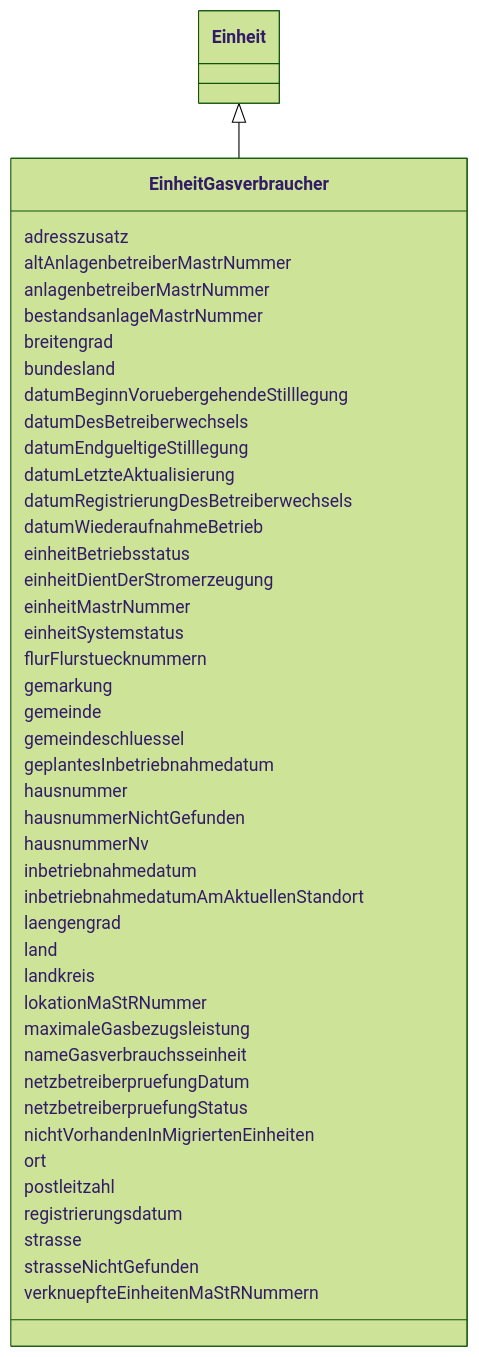
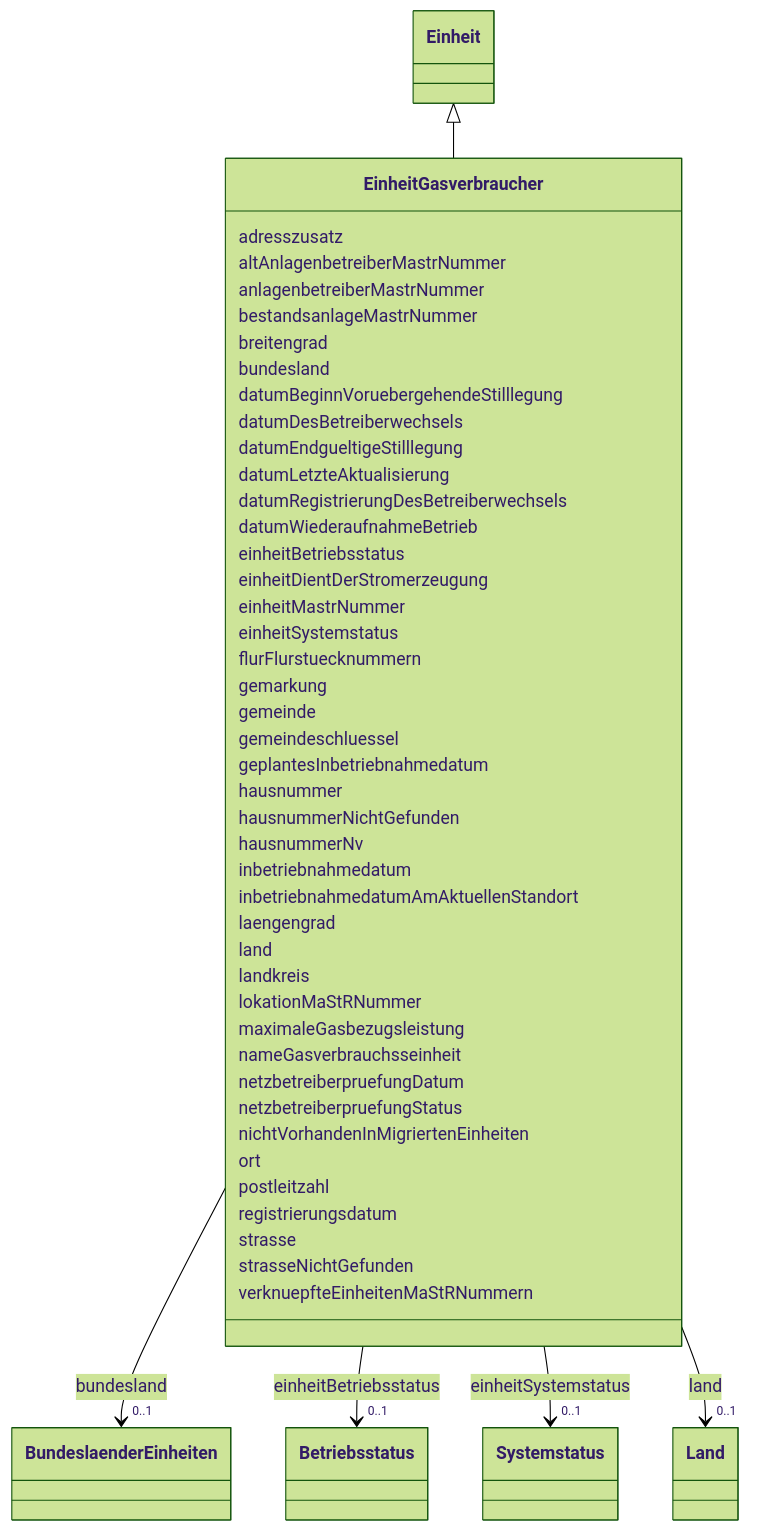
The diagram in docs/schema/classes/EinheitGasverbraucher.md (FlorianK13/mastr-model), drawn with Mermaid (forest theme) before and after one commit. The commit also changed other lines of this file and 86 other files, not shown here.

```diff
--- a/docs/schema/classes/EinheitGasverbraucher.md
+++ b/docs/schema/classes/EinheitGasverbraucher.md
@@ -34,6 +34,15 @@
         
       EinheitGasverbraucher : bundesland
         
+          
+    
+        
+        
+        EinheitGasverbraucher --> "0..1" BundeslaenderEinheiten : bundesland
+        click BundeslaenderEinheiten href "../../enums/BundeslaenderEinheiten/"
+    
+
+        
       EinheitGasverbraucher : datumBeginnVoruebergehendeStilllegung
         
       EinheitGasverbraucher : datumDesBetreiberwechsels
@@ -48,11 +57,29 @@
         
       EinheitGasverbraucher : einheitBetriebsstatus
         
+          
+    
+        
+        
+        EinheitGasverbraucher --> "0..1" Betriebsstatus : einheitBetriebsstatus
+        click Betriebsstatus href "../../enums/Betriebsstatus/"
+    
+
+        
       EinheitGasverbraucher : einheitDientDerStromerzeugung
         
       EinheitGasverbraucher : einheitMastrNummer
         
       EinheitGasverbraucher : einheitSystemstatus
+        
+          
+    
+        
+        
+        EinheitGasverbraucher --> "0..1" Systemstatus : einheitSystemstatus
+        click Systemstatus href "../../enums/Systemstatus/"
+    
+
         
       EinheitGasverbraucher : flurFlurstuecknummern
         
@@ -77,6 +104,15 @@
       EinheitGasverbraucher : laengengrad
         
       EinheitGasverbraucher : land
+        
+          
+    
+        
+        
+        EinheitGasverbraucher --> "0..1" Land : land
+        click Land href "../../enums/Land/"
+    
+
         
       EinheitGasverbraucher : landkreis
         
```
